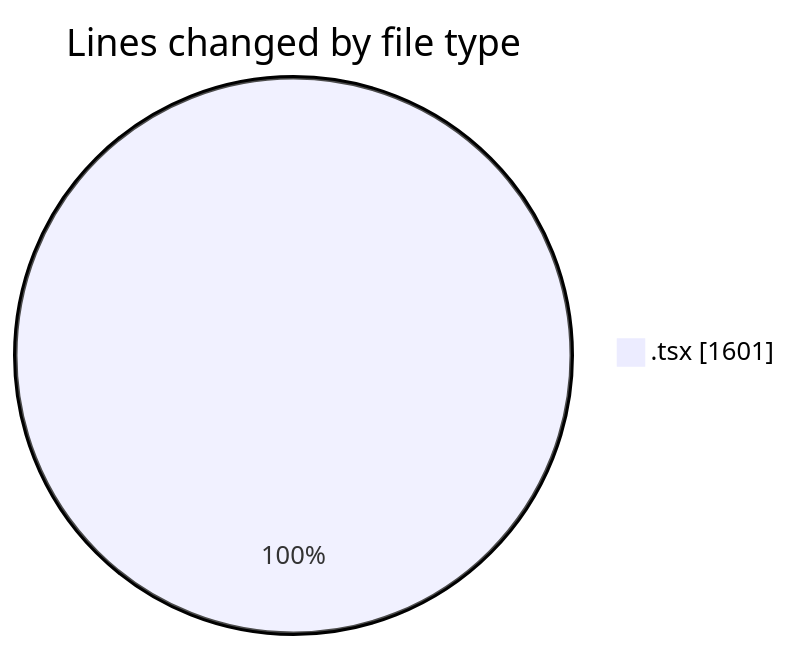
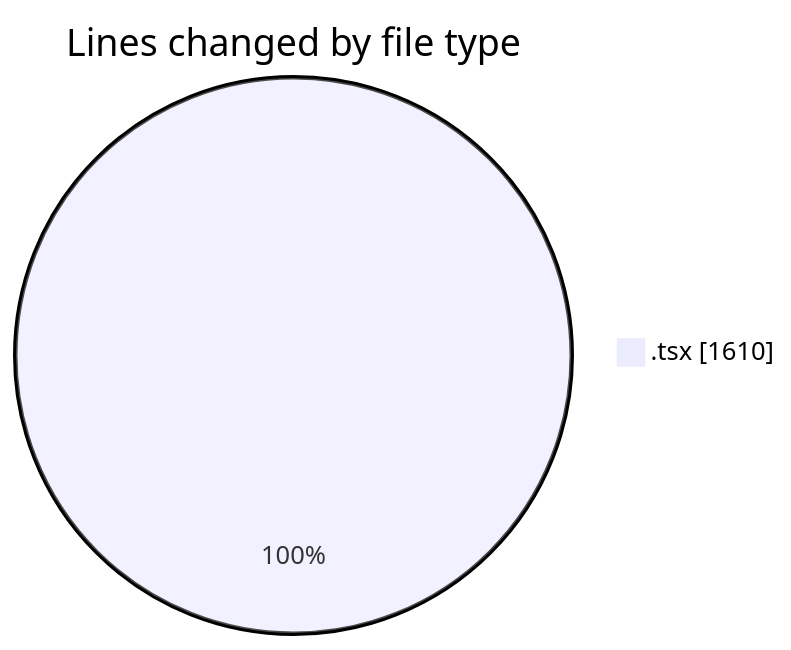
One commit to nxtqubesakshisongat/code-tracking changed the first of 2 diagrams in 2026-07-06/nxtqube_webapp/README.md. Above: the diagram before and after it, drawn with Mermaid. The commit also changed other lines of this file and 1 other file, not shown here.

````diff
--- a/2026-07-06/nxtqube_webapp/README.md
+++ b/2026-07-06/nxtqube_webapp/README.md
@@ -22,5 +22,5 @@
 ```mermaid
 pie showData
 title Lines changed by file type
-".tsx" : 1601
+".tsx" : 1610
 ```
````
